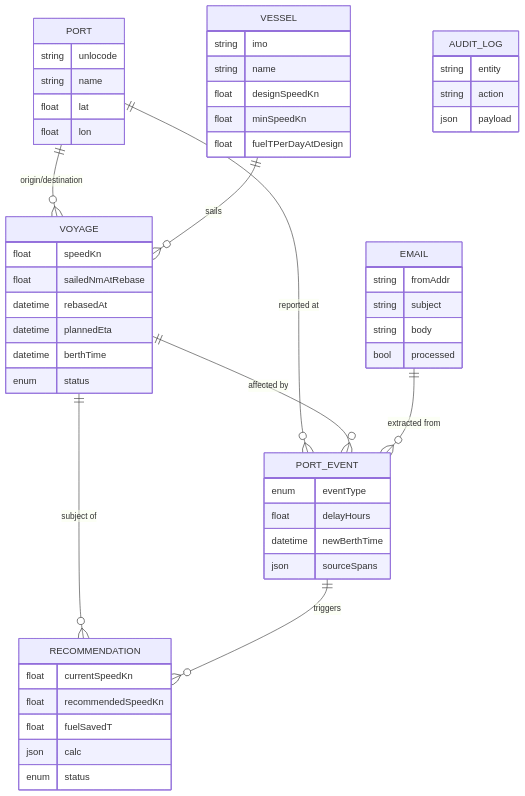
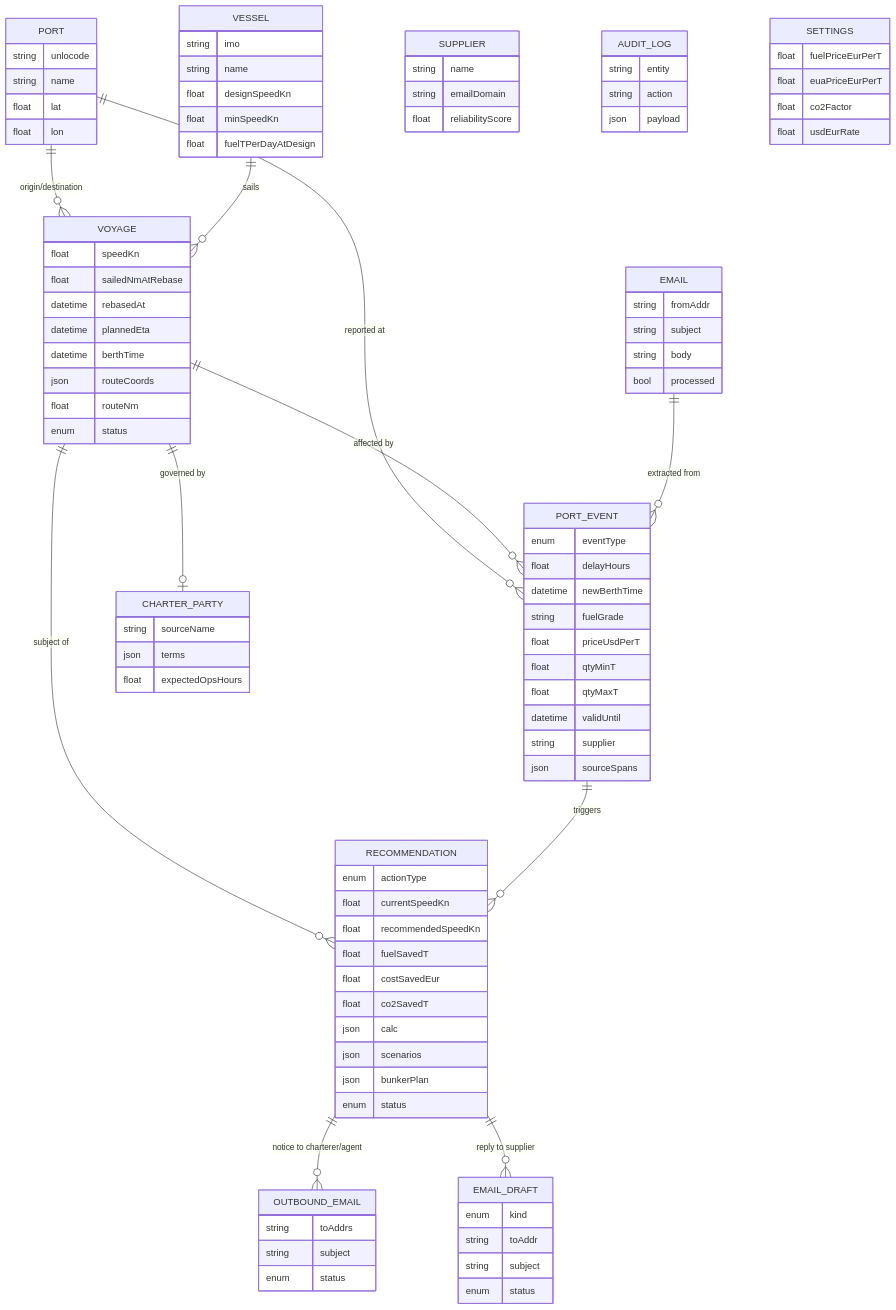
Before and after one commit to netcompany-hack-2026-overflow/maritime-assistant-v2: the second of 2 diagrams in README.en.md, drawn with Mermaid. The commit also changed other lines of this file, not shown here.

````diff
--- a/README.en.md
+++ b/README.en.md
@@ -395,6 +483,9 @@
     VOYAGE ||--o{ RECOMMENDATION : "subject of"
     EMAIL ||--o{ PORT_EVENT : "extracted from"
     PORT_EVENT ||--o{ RECOMMENDATION : "triggers"
+    VOYAGE ||--o| CHARTER_PARTY : "governed by"
+    RECOMMENDATION ||--o{ OUTBOUND_EMAIL : "notice to charterer/agent"
+    RECOMMENDATION ||--o{ EMAIL_DRAFT : "reply to supplier"
 
     PORT {
         string unlocode
@@ -415,6 +506,8 @@
         datetime rebasedAt
         datetime plannedEta
         datetime berthTime
+        json routeCoords
+        float routeNm
         enum status
     }
     EMAIL {
@@ -427,18 +520,56 @@
         enum eventType
         float delayHours
         datetime newBerthTime
+        string fuelGrade
+        float priceUsdPerT
+        float qtyMinT
+        float qtyMaxT
+        datetime validUntil
+        string supplier
         json sourceSpans
     }
     RECOMMENDATION {
+        enum actionType
         float currentSpeedKn
         float recommendedSpeedKn
         float fuelSavedT
+        float costSavedEur
+        float co2SavedT
         json calc
+        json scenarios
+        json bunkerPlan
         enum status
+    }
+    CHARTER_PARTY {
+        string sourceName
+        json terms
+        float expectedOpsHours
+    }
+    OUTBOUND_EMAIL {
+        string toAddrs
+        string subject
+        enum status
+    }
+    EMAIL_DRAFT {
+        enum kind
+        string toAddr
+        string subject
+        enum status
+    }
+    SUPPLIER {
+        string name
+        string emailDomain
+        float reliabilityScore
     }
     AUDIT_LOG {
         string entity
         string action
         json payload
     }
+    SETTINGS {
+        float fuelPriceEurPerT
+        float euaPriceEurPerT
+        float co2Factor
+        float usdEurRate
+    }
 ```
````
